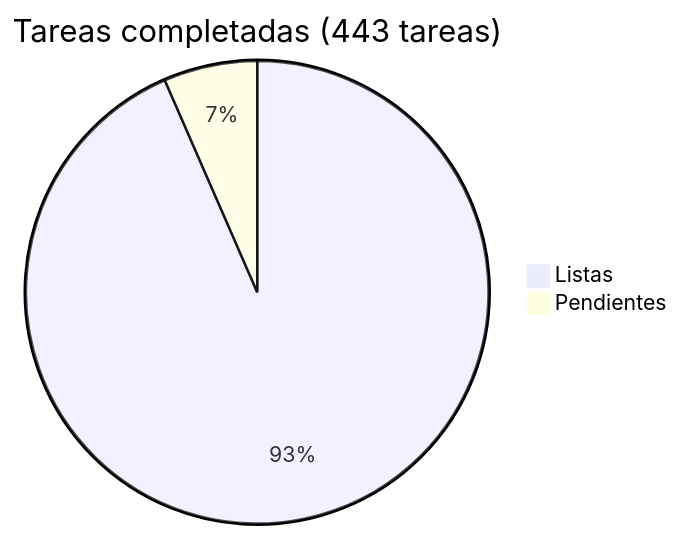
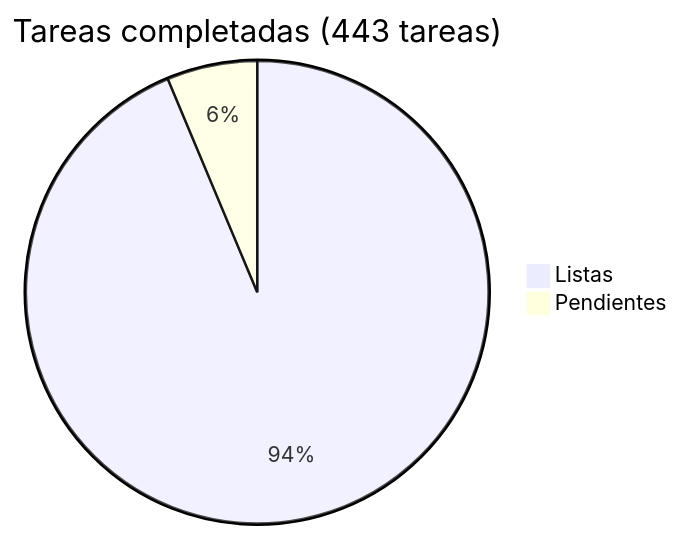
One commit to araguaney-lat/araguaney changed the diagram in docs/roadmap/README.md. Above: the diagram before and after it, drawn with Mermaid. The commit also changed other lines of this file and 4 other files, not shown here.

````diff
--- a/docs/roadmap/README.md
+++ b/docs/roadmap/README.md
@@ -5,5 +5,5 @@
 ```mermaid
 pie title Tareas completadas (443 tareas)
-    "Listas" : 414
-    "Pendientes" : 29
+    "Listas" : 415
+    "Pendientes" : 28
 ```
````
